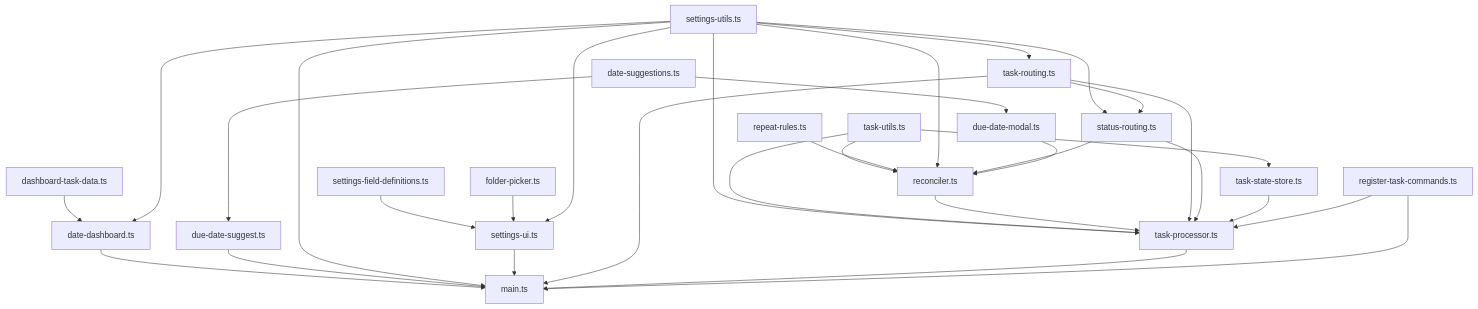
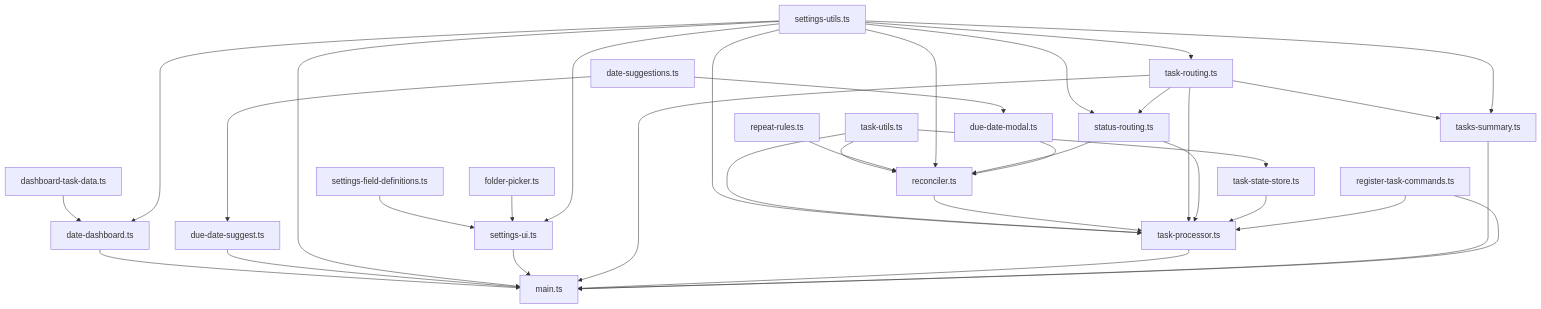
The diagram in README.md (apurvanakade/obsidian-task-manager), drawn with Mermaid before and after one commit. The commit also changed other lines of this file and 10 other files, not shown here.

Commit message:
add tasks summary

````diff
--- a/README.md
+++ b/README.md
@@ -173,63 +187,67 @@
 ```mermaid
 graph TD
    M[main.ts]
 
    D[date-dashboard.ts]
    DTD[dashboard-task-data.ts]
    E[due-date-suggest.ts]
    DS[date-suggestions.ts]
 
    SUI[settings-ui.ts]
    SU[settings-utils.ts]
    SFD[settings-field-definitions.ts]
    FP[folder-picker.ts]
 
    RS[status-routing.ts]
    RT[task-routing.ts]
 
    TP[task-processor.ts]
    RC[reconciler.ts]
    RR[repeat-rules.ts]
    DDM[due-date-modal.ts]
    TS[task-state-store.ts]
    TU[task-utils.ts]
+   SUM[tasks-summary.ts]
    CMD[register-task-commands.ts]
 
    D --> M
    E --> M
    SU --> M
    SUI --> M
    RT --> M
    TP --> M
+   SUM --> M
    CMD --> M
 
    DTD --> D
    SU --> D
 
    DS --> E
 
    SFD --> SUI
    FP --> SUI
    SU --> SUI
 
    SU --> RS
    RT --> RS
    SU --> RT
 
    SU --> TP
    TU --> TP
    RC --> TP
    RT --> TP
    RS --> TP
    TS --> TP
    CMD --> TP
 
    TU --> RC
    RR --> RC
    SU --> RC
    RS --> RC
    DDM --> RC
    DS --> DDM
 
    TU --> TS
+   RT --> SUM
+   SU --> SUM
 ```
````
